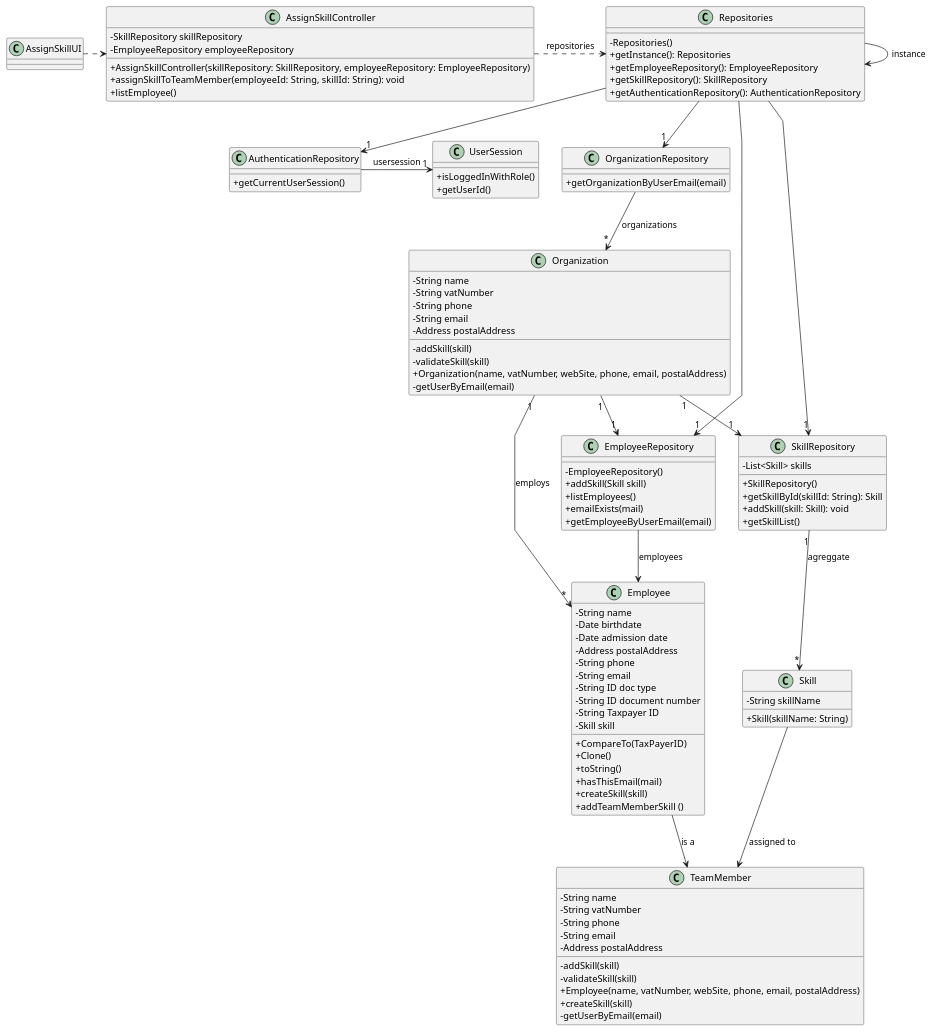
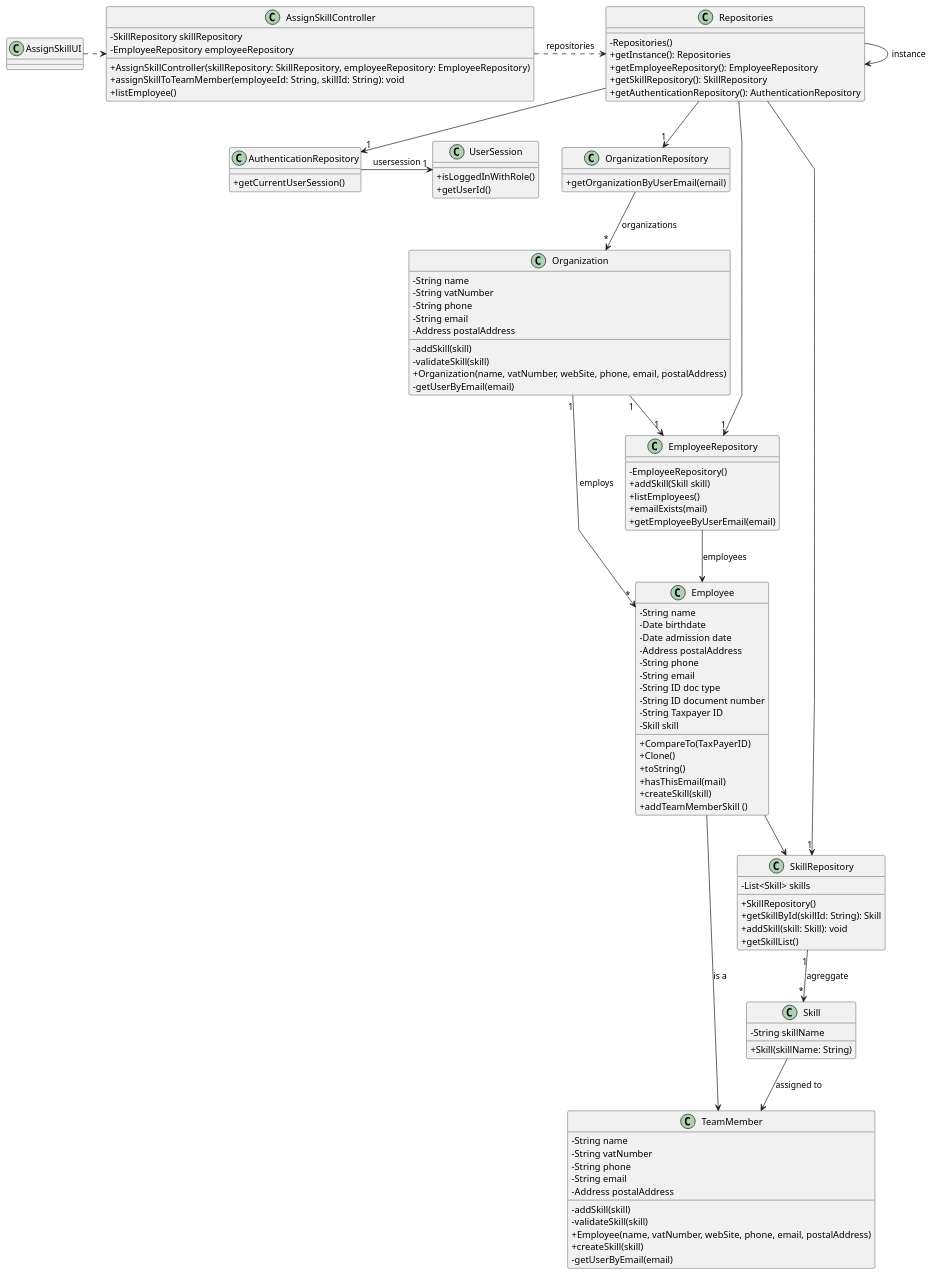
Before and after one commit to Mendoncaa/LAPR2: the diagram in docs/sprintC/us004/03.design/puml/us004-class-diagram.puml, drawn with PlantUML. The commit also changed 4 other files, not shown here.

Commit message:
Update class diagram (US04, US28, US29); Update system sequence diagram and sequence diagram (US28)

```diff
--- a/docs/sprintC/us004/03.design/puml/us004-class-diagram.puml
+++ b/docs/sprintC/us004/03.design/puml/us004-class-diagram.puml
@@ -1,130 +1,130 @@
 @startuml
 'skinparam monochrome true
 skinparam packageStyle rectangle
 skinparam shadowing false
 skinparam linetype polyline
 'skinparam linetype orto
 
 skinparam classAttributeIconSize 0
 
 'left to right direction
 
 
 class AssignSkillUI {
 }
 
 class AssignSkillController {
     - SkillRepository skillRepository
     - EmployeeRepository employeeRepository
     + AssignSkillController(skillRepository: SkillRepository, employeeRepository: EmployeeRepository)
     + assignSkillToTeamMember(employeeId: String, skillId: String): void
     +listEmployee()
 }
 
 class Repositories {
     - Repositories()
     + getInstance(): Repositories
     + getEmployeeRepository(): EmployeeRepository
     + getSkillRepository(): SkillRepository
     + getAuthenticationRepository(): AuthenticationRepository
 }
 
 class OrganizationRepository {
     + getOrganizationByUserEmail(email)
 }
 
 class Organization {
     - String name
     - String vatNumber
     - String phone
     - String email
     - Address postalAddress
     - addSkill(skill)
     - validateSkill(skill)
     + Organization(name, vatNumber, webSite, phone, email, postalAddress)
     - getUserByEmail(email)
 
 }
 
 class AuthenticationRepository {
     + getCurrentUserSession()
 }
 
 class UserSession {
     + isLoggedInWithRole()
     + getUserId()
 }
 
 class Employee {
     - String name
     - Date birthdate
     - Date admission date
     - Address postalAddress
     - String phone
     - String email
     - String ID doc type
     - String ID document number
     - String Taxpayer ID
     - Skill skill
     + CompareTo(TaxPayerID)
     + Clone()
     + toString()
     + hasThisEmail(mail)
     + createSkill(skill)
     + addTeamMemberSkill ()
 }
 
 class TeamMember {
     - String name
     - String vatNumber
     - String phone
     - String email
     - Address postalAddress
     - addSkill(skill)
     - validateSkill(skill)
     + Employee(name, vatNumber, webSite, phone, email, postalAddress)
     + createSkill(skill)
     - getUserByEmail(email)
 }
 
 
 class EmployeeRepository {
     - EmployeeRepository()
     + addSkill(Skill skill)
     + listEmployees()
     + emailExists(mail)
     + getEmployeeByUserEmail(email)
 }
 
 class SkillRepository {
     - List<Skill> skills
     + SkillRepository()
     + getSkillById(skillId: String): Skill
     + addSkill(skill: Skill): void
     + getSkillList()
 }
 
 class Skill {
     - String skillName
     + Skill(skillName: String)
 }
 
 Repositories -> Repositories : instance
 AssignSkillUI .> AssignSkillController
 Repositories --> "1" OrganizationRepository
 OrganizationRepository --> "*" Organization : organizations
 Organization "1" --> "1" EmployeeRepository
 Organization "1" --> "*" Employee : employs
 AssignSkillController .> Repositories : repositories
 Repositories --> "1" AuthenticationRepository
 Repositories --> "1" EmployeeRepository
 Repositories --> "1" SkillRepository
 AuthenticationRepository -> "1" UserSession : usersession
 EmployeeRepository --> Employee : employees
 SkillRepository "1" --> "*" Skill : agreggate
 Employee --> TeamMember : is a
 Skill --> TeamMember  : assigned to
-Organization "1" --> "1" SkillRepository
+Employee --> SkillRepository
 
 
 @enduml
```
